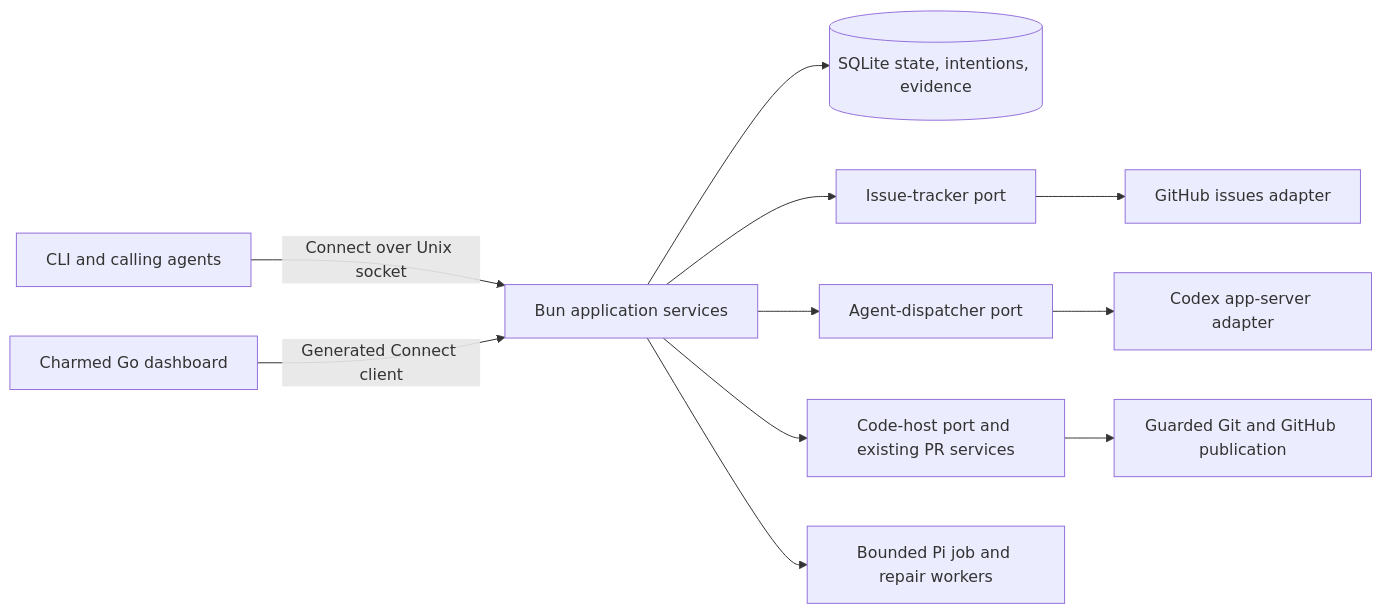
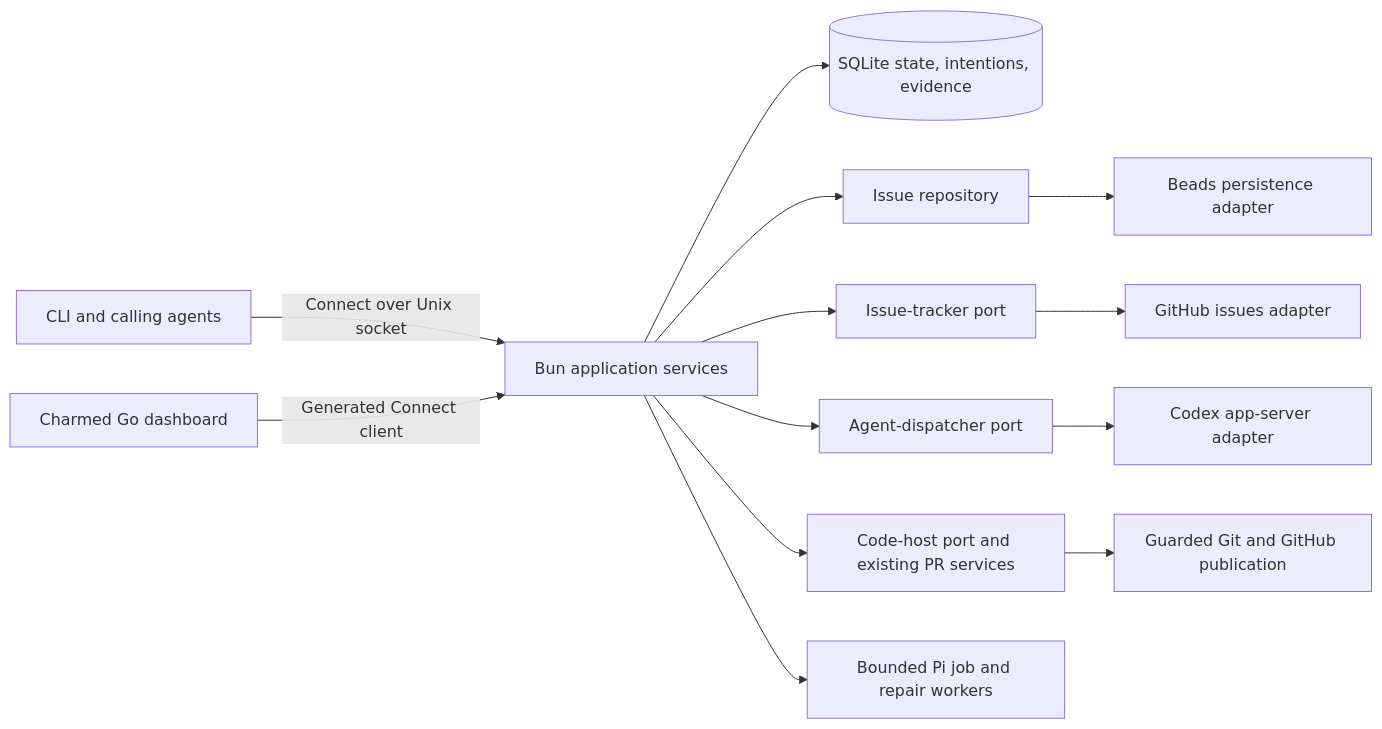
One commit to lanej/octo-manager changed the first of 2 diagrams in docs/architecture.md. Above: the diagram before and after it, drawn with Mermaid. The commit also changed other lines of this file and 24 other files, not shown here.

````diff
--- a/docs/architecture.md
+++ b/docs/architecture.md
@@ -7,13 +7,15 @@
 ```mermaid
 flowchart LR
     CLI[CLI and calling agents] -->|Connect over Unix socket| App[Bun application services]
     TUI[Charmed Go dashboard] -->|Generated Connect client| App
     App --> Store[(SQLite state, intentions, evidence)]
+    App --> RepositoryPort[Issue repository]
+    RepositoryPort --> Beads[Beads persistence adapter]
     App --> TrackerPort[Issue-tracker port]
     App --> DispatchPort[Agent-dispatcher port]
     App --> CodePort[Code-host port and existing PR services]
     TrackerPort --> Tracker[GitHub issues adapter]
     DispatchPort --> Codex[Codex app-server adapter]
     CodePort --> Git[Guarded Git and GitHub publication]
     App --> Pi[Bounded Pi job and repair workers]
 ```
````
